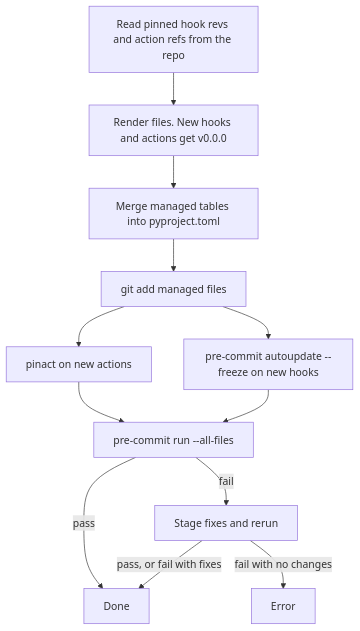
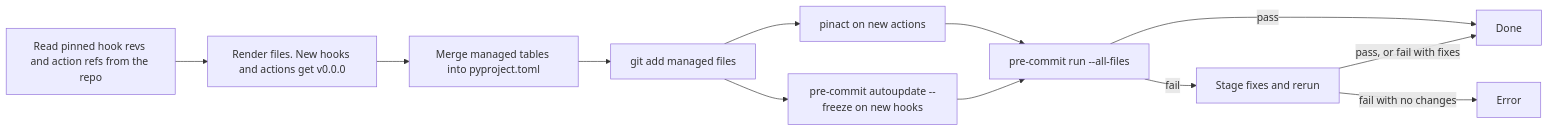
The second of 2 diagrams in README.md (mxr/base), drawn with Mermaid before and after one commit.

Commit message:
Lay out the synth flowchart left to right

````diff
--- a/README.md
+++ b/README.md
@@ -35,14 +35,14 @@
 ```mermaid
-flowchart TD
+flowchart LR
     A[Read pinned hook revs and action refs from the repo] --> B[Render files. New hooks and actions get v0.0.0]
     B --> C[Merge managed tables into pyproject.toml]
     C --> D[git add managed files]
     D --> E[pinact on new actions]
     D --> F[pre-commit autoupdate --freeze on new hooks]
     E --> G[pre-commit run --all-files]
     F --> G
     G -->|pass| H[Done]
     G -->|fail| I[Stage fixes and rerun]
     I -->|pass, or fail with fixes| H
     I -->|fail with no changes| J[Error]
 ```
````
